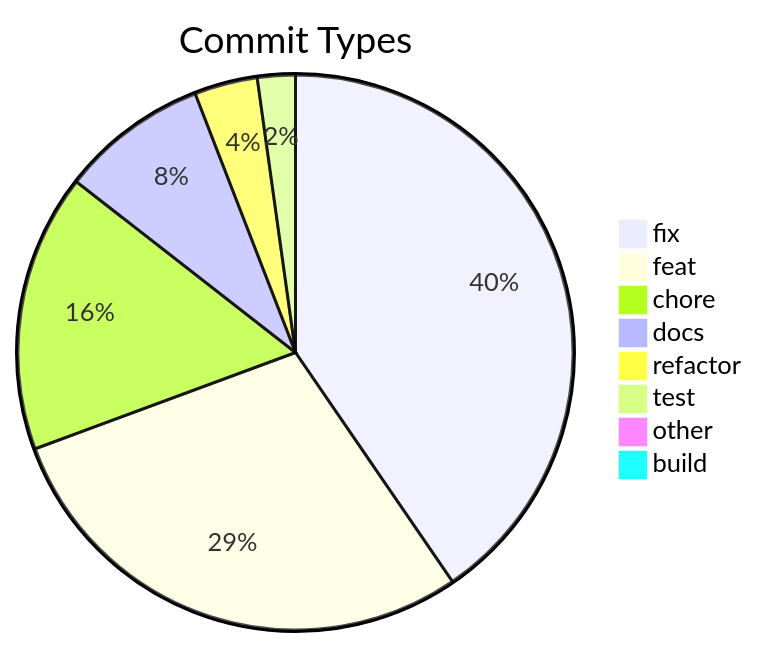
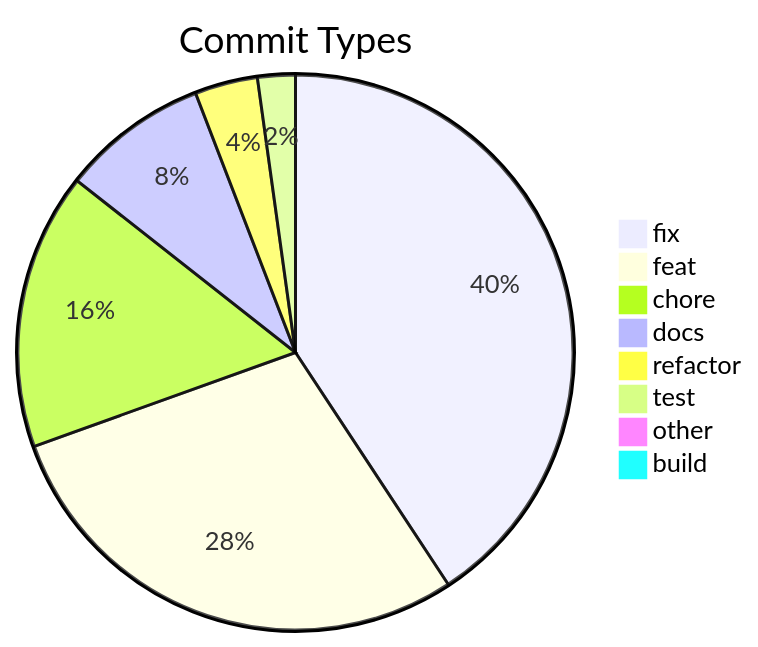
One commit to svenroth-ai/shipwright-webui changed the diagram in .shipwright/compliance/change-history.md. Above: the diagram before and after it, drawn with Mermaid. The commit also changed other lines of this file and 3 other files, not shown here.

````diff
--- a/.shipwright/compliance/change-history.md
+++ b/.shipwright/compliance/change-history.md
@@ -8,11 +8,11 @@
 ```mermaid
 pie title Commit Types
-    "fix" : 165
+    "fix" : 167
     "feat" : 118
     "chore" : 66
     "docs" : 35
     "refactor" : 15
     "test" : 9
     "other" : 4
     "build" : 1
 ```
````
